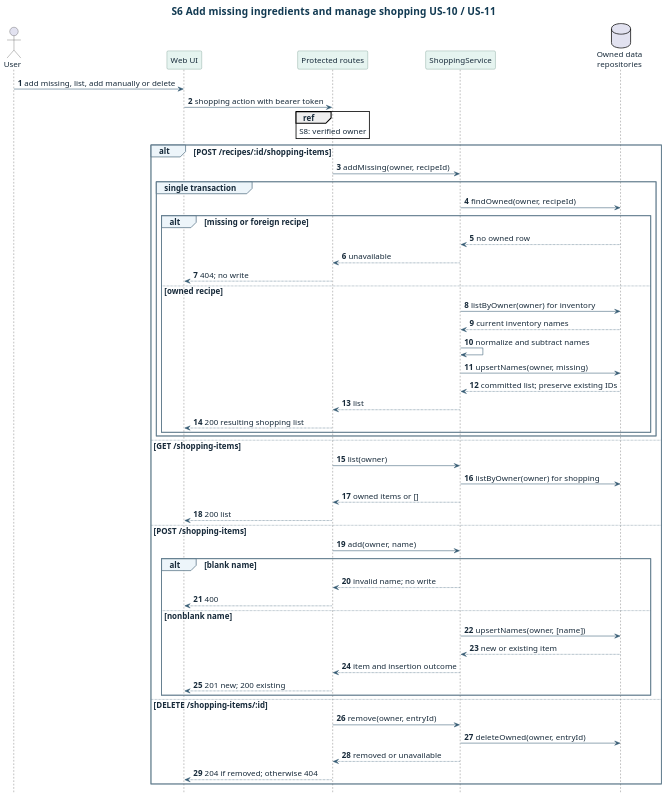
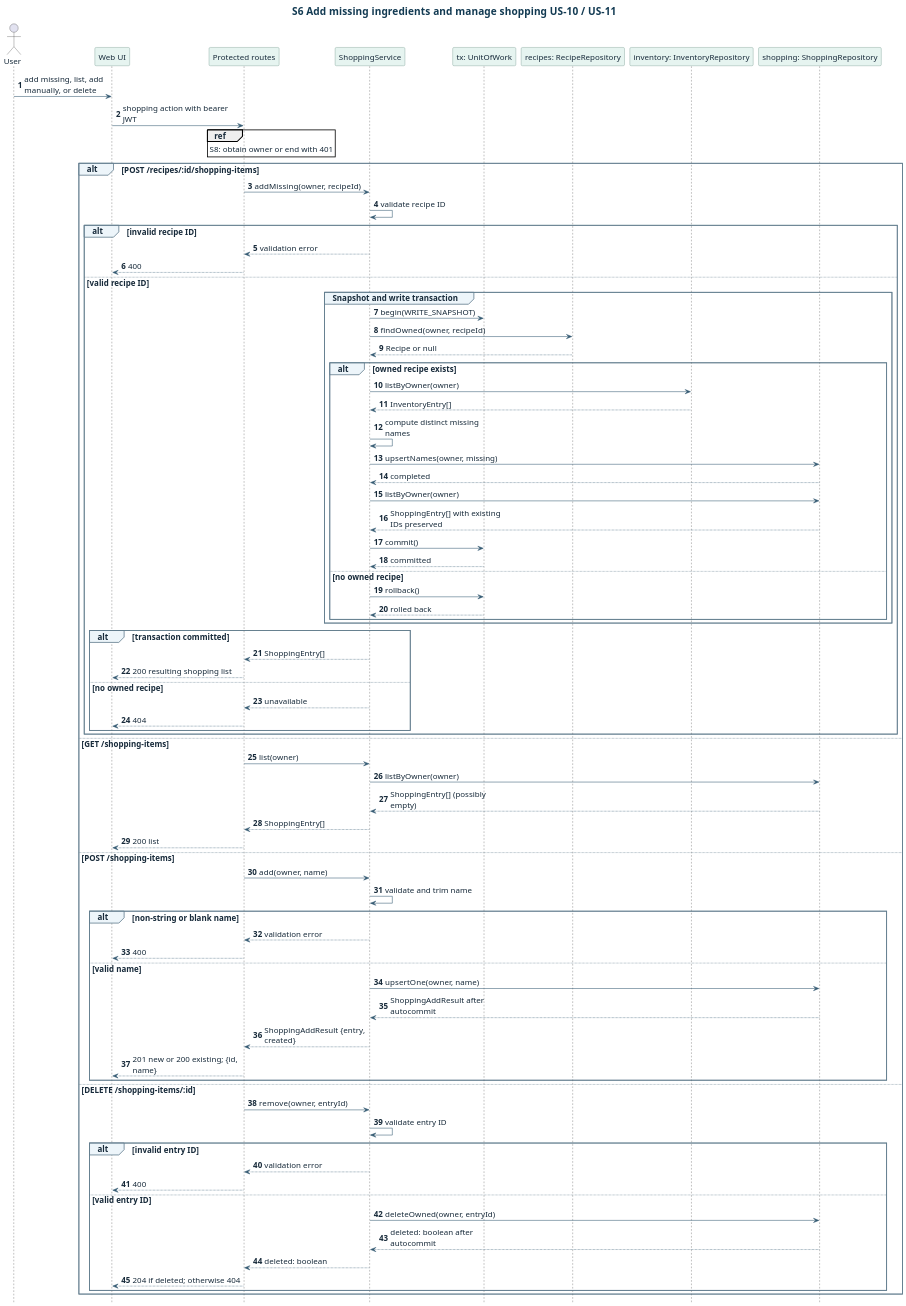
The diagram in docs/design/sequence/shopping.puml (SarpCizer/CMPE331-Project), drawn with PlantUML before and after one commit. The commit also changed 15 other files, not shown here.

Commit message:
docs: validate requests in services and reply after commit

```diff
--- a/docs/design/sequence/shopping.puml
+++ b/docs/design/sequence/shopping.puml
@@ -1,71 +1,101 @@
 @startuml
 title S6  Add missing ingredients and manage shopping  US-10 / US-11
 skinparam backgroundColor #FFFFFF
 skinparam defaultFontName Arial
 skinparam defaultFontColor #172A3A
 skinparam defaultFontSize 15
 skinparam ArrowColor #345A72
 skinparam Shadowing false
 skinparam dpi 150
 skinparam TitleFontColor #123A52
 skinparam TitleFontSize 19
 skinparam ClassBackgroundColor #EDF5FA
 skinparam ClassBorderColor #456F89
 skinparam ComponentBackgroundColor #EDF5FA
 skinparam ComponentBorderColor #456F89
 skinparam PackageBorderColor #456F89
 skinparam ParticipantBackgroundColor #E6F4F0
 skinparam ParticipantBorderColor #417364
 skinparam SequenceGroupBackgroundColor #EDF5FA
 skinparam SequenceGroupBorderColor #617C8D
 hide footbox
 autonumber
+skinparam maxMessageSize 220
 actor User
 participant "Web UI" as UI
 participant "Protected routes" as API
-participant ShoppingService as Shopping
-database "Owned data\nrepositories" as Store
-User -> UI : add missing, list, add manually or delete
-UI -> API : shopping action with bearer token
-ref over API : S8: verified owner
+
+participant ShoppingService as Shop
+participant "tx: UnitOfWork" as Tx
+participant "recipes: RecipeRepository" as Recipes
+participant "inventory: InventoryRepository" as Inventory
+participant "shopping: ShoppingRepository" as Orders
+User -> UI : add missing, list, add manually, or delete
+UI -> API : shopping action with bearer JWT
+ref over API : S8: obtain owner or end with 401
 alt POST /recipes/:id/shopping-items
-  API -> Shopping : addMissing(owner, recipeId)
-  group single transaction
-    Shopping -> Store : findOwned(owner, recipeId)
-    alt missing or foreign recipe
-      Store --> Shopping : no owned row
-      Shopping --> API : unavailable
-      API --> UI : 404; no write
-    else owned recipe
-      Shopping -> Store : listByOwner(owner) for inventory
-      Store --> Shopping : current inventory names
-      Shopping -> Shopping : normalize and subtract names
-      Shopping -> Store : upsertNames(owner, missing)
-      Store --> Shopping : committed list; preserve existing IDs
-      Shopping --> API : list
+  API -> Shop : addMissing(owner, recipeId)
+  Shop -> Shop : validate recipe ID
+  alt invalid recipe ID
+    Shop --> API : validation error
+    API --> UI : 400
+  else valid recipe ID
+    group Snapshot and write transaction
+      Shop -> Tx : begin(WRITE_SNAPSHOT)
+      Shop -> Recipes : findOwned(owner, recipeId)
+      Recipes --> Shop : Recipe or null
+      alt owned recipe exists
+        Shop -> Inventory : listByOwner(owner)
+        Inventory --> Shop : InventoryEntry[]
+        Shop -> Shop : compute distinct missing names
+        Shop -> Orders : upsertNames(owner, missing)
+        Orders --> Shop : completed
+        Shop -> Orders : listByOwner(owner)
+        Orders --> Shop : ShoppingEntry[] with existing IDs preserved
+        Shop -> Tx : commit()
+        Tx --> Shop : committed
+      else no owned recipe
+        Shop -> Tx : rollback()
+        Tx --> Shop : rolled back
+      end
+    end
+    alt transaction committed
+      Shop --> API : ShoppingEntry[]
       API --> UI : 200 resulting shopping list
+    else no owned recipe
+      Shop --> API : unavailable
+      API --> UI : 404
     end
   end
 else GET /shopping-items
-  API -> Shopping : list(owner)
-  Shopping -> Store : listByOwner(owner) for shopping
-  Shopping --> API : owned items or []
+  API -> Shop : list(owner)
+  Shop -> Orders : listByOwner(owner)
+  Orders --> Shop : ShoppingEntry[] (possibly empty)
+  Shop --> API : ShoppingEntry[]
   API --> UI : 200 list
 else POST /shopping-items
-  API -> Shopping : add(owner, name)
-  alt blank name
-    Shopping --> API : invalid name; no write
+  API -> Shop : add(owner, name)
+  Shop -> Shop : validate and trim name
+  alt non-string or blank name
+    Shop --> API : validation error
     API --> UI : 400
-  else nonblank name
-    Shopping -> Store : upsertNames(owner, [name])
-    Store --> Shopping : new or existing item
-    Shopping --> API : item and insertion outcome
-    API --> UI : 201 new; 200 existing
+  else valid name
+    Shop -> Orders : upsertOne(owner, name)
+    Orders --> Shop : ShoppingAddResult after autocommit
+    Shop --> API : ShoppingAddResult {entry, created}
+    API --> UI : 201 new or 200 existing; {id, name}
   end
 else DELETE /shopping-items/:id
-  API -> Shopping : remove(owner, entryId)
-  Shopping -> Store : deleteOwned(owner, entryId)
-  Shopping --> API : removed or unavailable
-  API --> UI : 204 if removed; otherwise 404
+  API -> Shop : remove(owner, entryId)
+  Shop -> Shop : validate entry ID
+  alt invalid entry ID
+    Shop --> API : validation error
+    API --> UI : 400
+  else valid entry ID
+    Shop -> Orders : deleteOwned(owner, entryId)
+    Orders --> Shop : deleted: boolean after autocommit
+    Shop --> API : deleted: boolean
+    API --> UI : 204 if deleted; otherwise 404
+  end
 end
 @enduml
```
